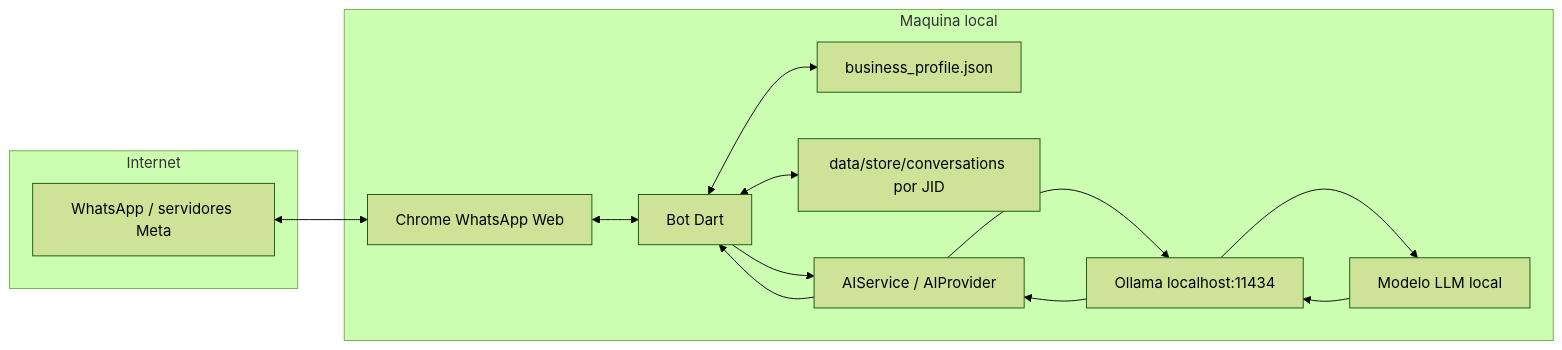
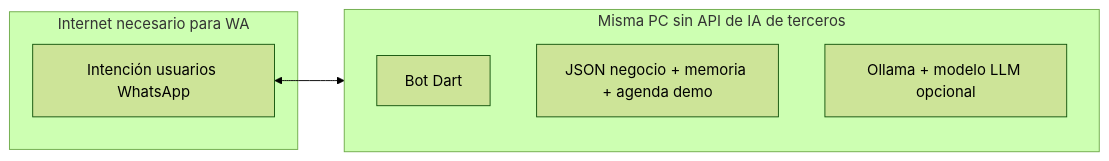
One commit to kei-kusanagi/Bot-Assistant-Workshop changed the third of 4 diagrams in Dart2/DOCS/AI_WHATSAPP_FLOW_DIAGRAM.md. Above: the diagram before and after it, drawn with Mermaid (forest theme). The commit also changed other lines of this file and 2 other files, not shown here.

Commit message:
docs(dart2): refresh WhatsApp flow diagrams and README links

````diff
--- a/Dart2/DOCS/AI_WHATSAPP_FLOW_DIAGRAM.md
+++ b/Dart2/DOCS/AI_WHATSAPP_FLOW_DIAGRAM.md
@@ -58,27 +112,14 @@
 ```mermaid
 flowchart LR
-    subgraph Internet
-      W[WhatsApp / servidores Meta]
+    subgraph NET [Internet necesario para WA]
+      W[Intención usuarios WhatsApp]
     end
 
-    subgraph Maquina local
-      C[Chrome WhatsApp Web]
+    subgraph LOC [Misma PC sin API de IA de terceros]
       D[Bot Dart]
-      BZ[business_profile.json]
-      LS[data/store/conversations por JID]
-      S[AIService / AIProvider]
-      O[Ollama localhost:11434]
-      M[Modelo LLM local]
+      J[JSON negocio + memoria + agenda demo]
+      O[Ollama + modelo LLM opcional]
     end
 
-    W <--> C
-    C <--> D
-    D <--> BZ
-    D <--> LS
-    D --> S
-    S --> O
-    O --> M
-    M --> O
-    O --> S
-    S --> D
+    W <--> LOC
 ```
````
